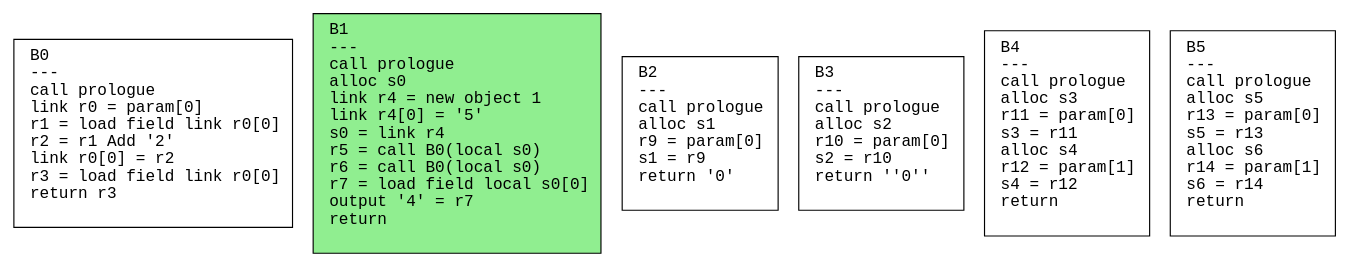
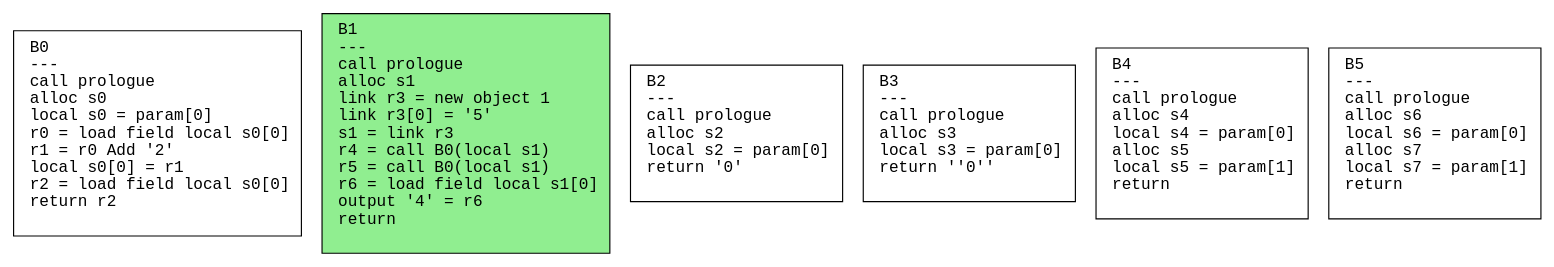
One commit to safarislava/ProcTranslator changed the diagram in schemes/classes.dot. Above: the diagram before and after it, drawn with Graphviz. The commit also changed 20 other files, not shown here.

```diff
--- a/schemes/classes.dot
+++ b/schemes/classes.dot
@@ -1,13 +1,13 @@
 digraph CFG {
   rankdir=TB;
   node [shape=box, fontname="Courier", style=filled, fillcolor=white, margin="0.2,0.1"];
   edge [fontname="Courier"];
 
-  "B0" [label="B0\l---\lcall prologue\llink r0 = param[0]\lr1 = load field link r0[0]\lr2 = r1 Add '2'\llink r0[0] = r2\lr3 = load field link r0[0]\lreturn r3\l "];
-  "B1" [label="B1\l---\lcall prologue\lalloc s0\llink r4 = new object 1\llink r4[0] = '5'\ls0 = link r4\lr5 = call B0(local s0)\lr6 = call B0(local s0)\lr7 = load field local s0[0]\loutput '4' = r7\lreturn\l "];
-  "B2" [label="B2\l---\lcall prologue\lalloc s1\lr9 = param[0]\ls1 = r9\lreturn '0'\l "];
-  "B3" [label="B3\l---\lcall prologue\lalloc s2\lr10 = param[0]\ls2 = r10\lreturn ''0''\l "];
-  "B4" [label="B4\l---\lcall prologue\lalloc s3\lr11 = param[0]\ls3 = r11\lalloc s4\lr12 = param[1]\ls4 = r12\lreturn\l "];
-  "B5" [label="B5\l---\lcall prologue\lalloc s5\lr13 = param[0]\ls5 = r13\lalloc s6\lr14 = param[1]\ls6 = r14\lreturn\l "];
+  "B0" [label="B0\l---\lcall prologue\lalloc s0\llocal s0 = param[0]\lr0 = load field local s0[0]\lr1 = r0 Add '2'\llocal s0[0] = r1\lr2 = load field local s0[0]\lreturn r2\l "];
+  "B1" [label="B1\l---\lcall prologue\lalloc s1\llink r3 = new object 1\llink r3[0] = '5'\ls1 = link r3\lr4 = call B0(local s1)\lr5 = call B0(local s1)\lr6 = load field local s1[0]\loutput '4' = r6\lreturn\l "];
+  "B2" [label="B2\l---\lcall prologue\lalloc s2\llocal s2 = param[0]\lreturn '0'\l "];
+  "B3" [label="B3\l---\lcall prologue\lalloc s3\llocal s3 = param[0]\lreturn ''0''\l "];
+  "B4" [label="B4\l---\lcall prologue\lalloc s4\llocal s4 = param[0]\lalloc s5\llocal s5 = param[1]\lreturn\l "];
+  "B5" [label="B5\l---\lcall prologue\lalloc s6\llocal s6 = param[0]\lalloc s7\llocal s7 = param[1]\lreturn\l "];
   "B1" [fillcolor=lightgreen];
 }
```
